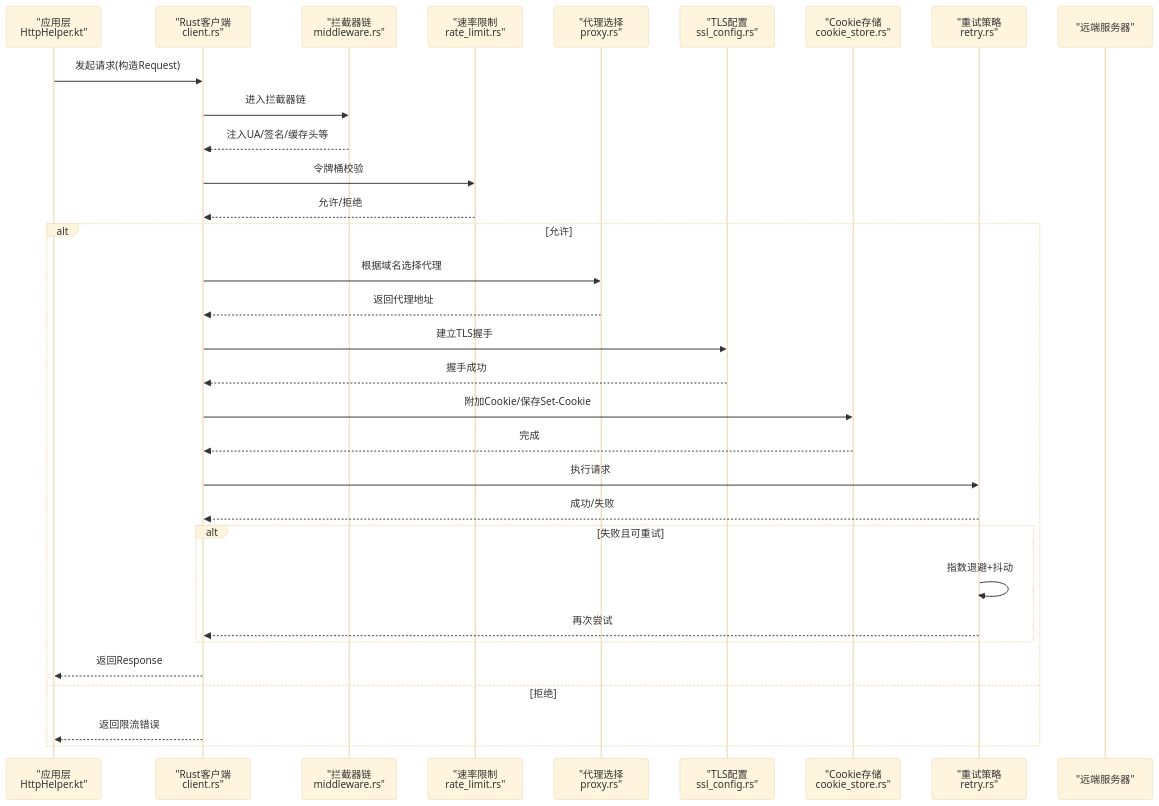
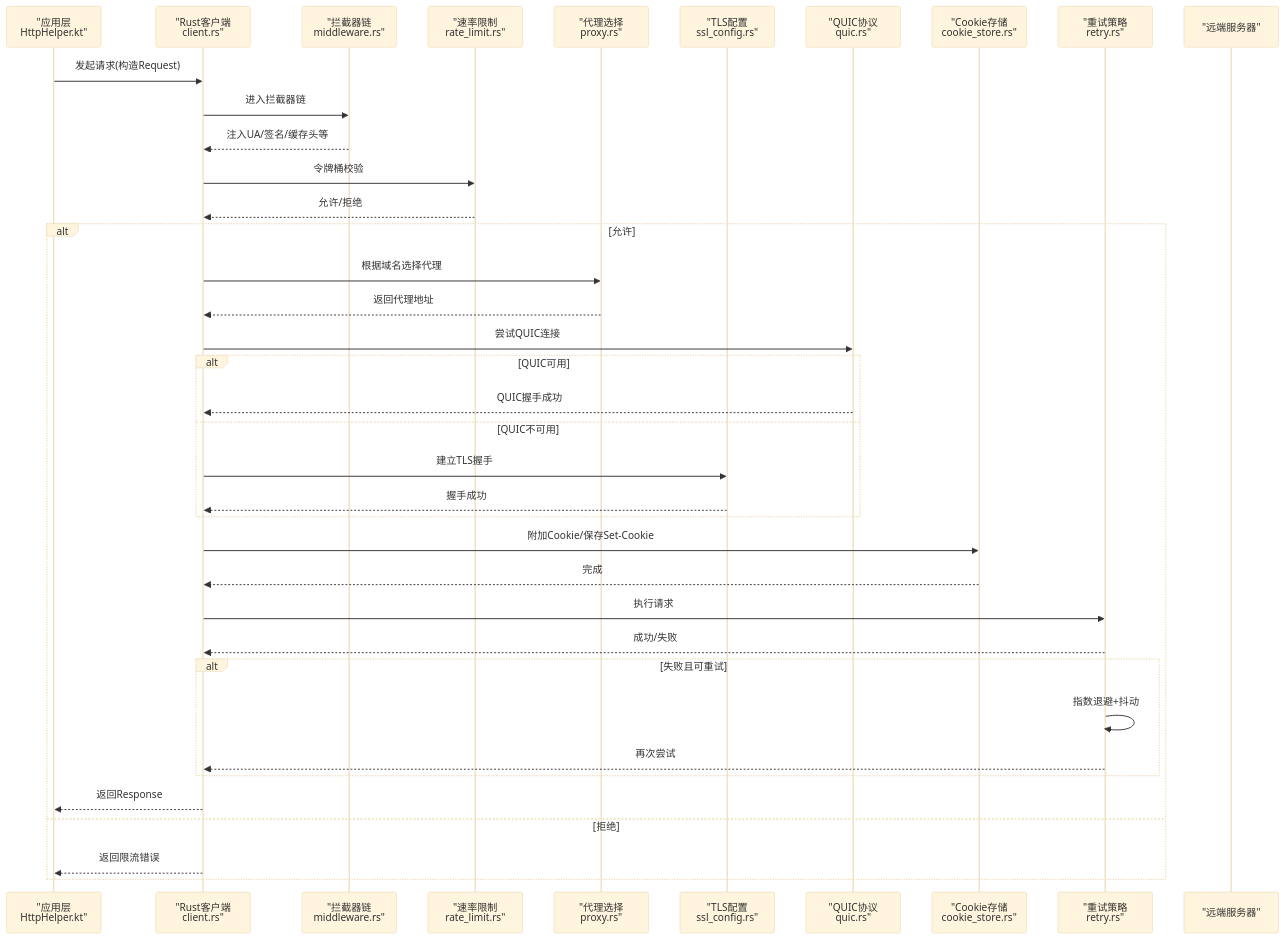
One commit to ZhangGHGitHub/LegadoTeamFlutter changed the second of 11 diagrams in .qoder/repowiki/zh/content/架构设计/通信机制/网络通信.md. Above: the diagram before and after it, drawn with Mermaid (base theme). The commit also changed other lines of this file and 66 other files, not shown here.

````diff
--- a/.qoder/repowiki/zh/content/架构设计/通信机制/网络通信.md
+++ b/.qoder/repowiki/zh/content/架构设计/通信机制/网络通信.md
@@ -158,34 +177,40 @@
 ```mermaid
 sequenceDiagram
 participant App as "应用层<br/>HttpHelper.kt"
 participant Net as "Rust客户端<br/>client.rs"
 participant MW as "拦截器链<br/>middleware.rs"
 participant RL as "速率限制<br/>rate_limit.rs"
 participant PR as "代理选择<br/>proxy.rs"
 participant TLS as "TLS配置<br/>ssl_config.rs"
+participant QUIC as "QUIC协议<br/>quic.rs"
 participant CS as "Cookie存储<br/>cookie_store.rs"
 participant RT as "重试策略<br/>retry.rs"
 participant Srv as "远端服务器"
 App->>Net : 发起请求(构造Request)
 Net->>MW : 进入拦截器链
 MW-->>Net : 注入UA/签名/缓存头等
 Net->>RL : 令牌桶校验
 RL-->>Net : 允许/拒绝
 alt 允许
 Net->>PR : 根据域名选择代理
 PR-->>Net : 返回代理地址
+Net->>QUIC : 尝试QUIC连接
+alt QUIC可用
+QUIC-->>Net : QUIC握手成功
+else QUIC不可用
 Net->>TLS : 建立TLS握手
 TLS-->>Net : 握手成功
+end
 Net->>CS : 附加Cookie/保存Set-Cookie
 CS-->>Net : 完成
 Net->>RT : 执行请求
 RT-->>Net : 成功/失败
 alt 失败且可重试
 RT->>RT : 指数退避+抖动
 RT-->>Net : 再次尝试
 end
 Net-->>App : 返回Response
 else 拒绝
 Net-->>App : 返回限流错误
 end
 ```
````
